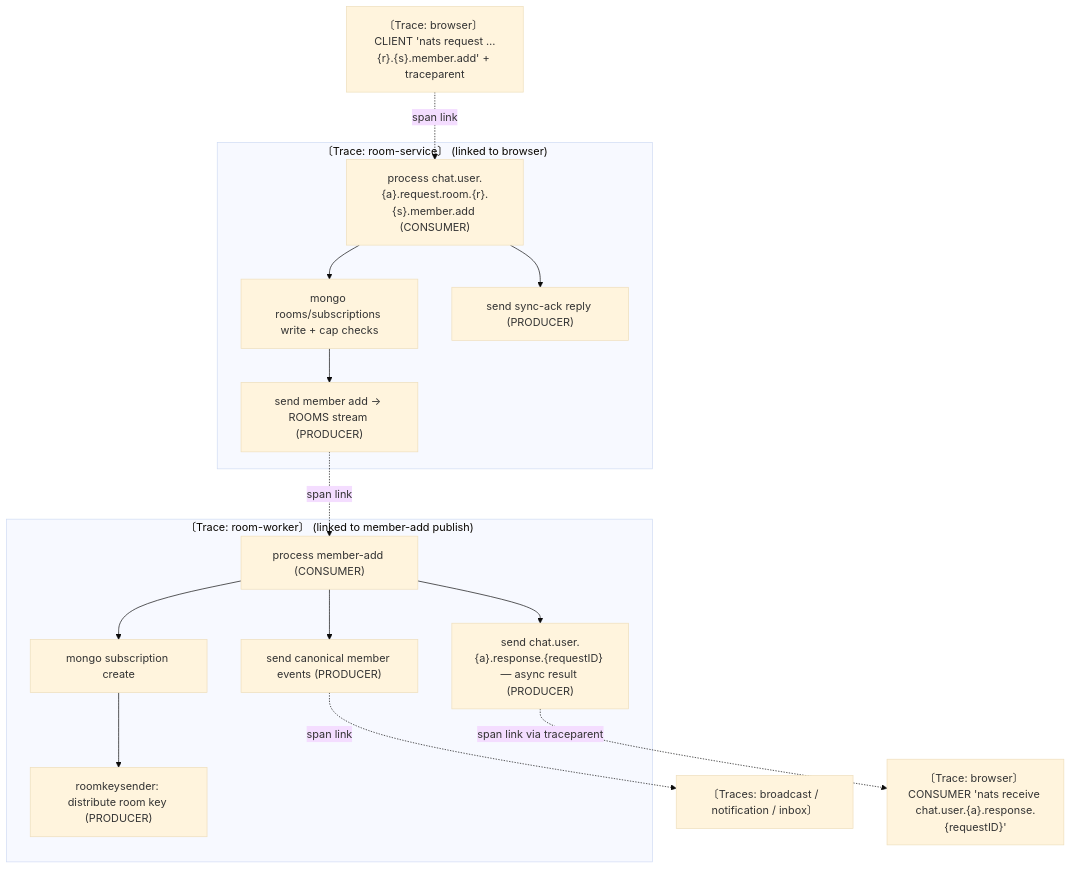
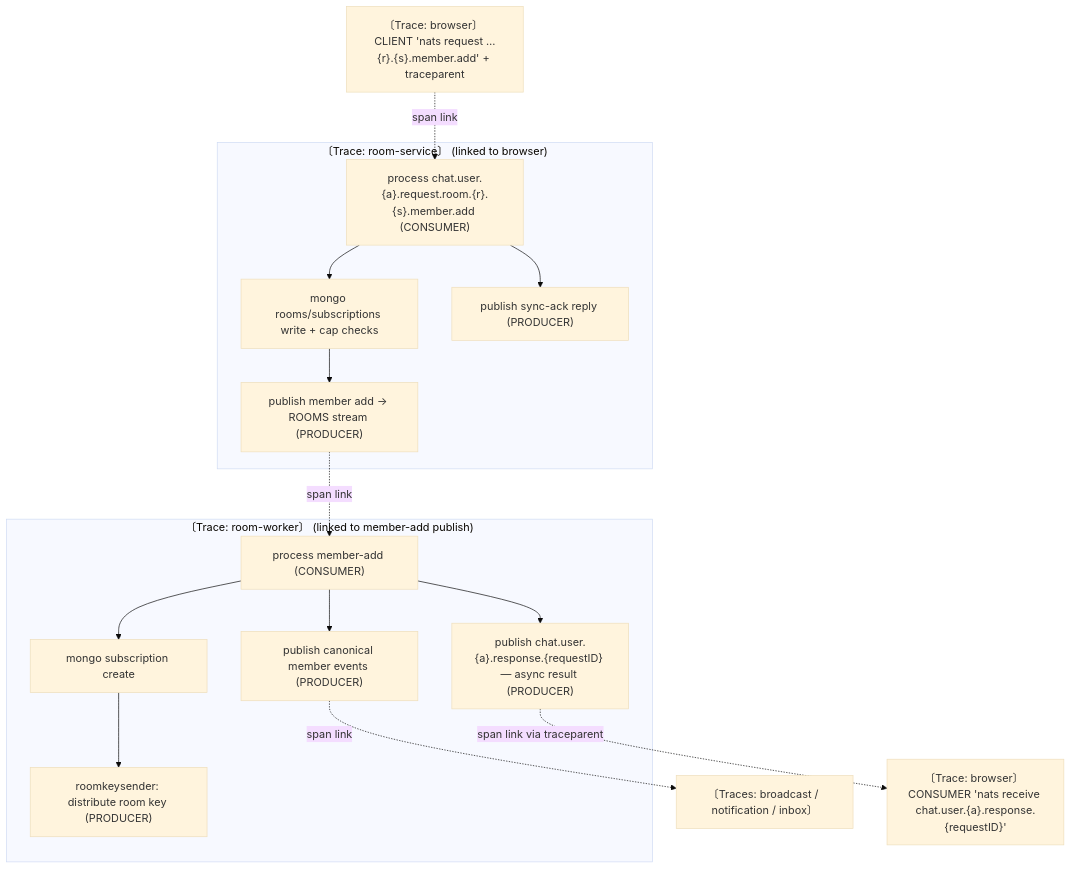
Before and after one commit to hmchangw/newchat: the fifth of 5 diagrams in docs/specs/o11y/o11y-trace-design.md, drawn with Mermaid (base theme). The commit also changed other lines of this file and 53 other files, not shown here.

````diff
--- a/docs/specs/o11y/o11y-trace-design.md
+++ b/docs/specs/o11y/o11y-trace-design.md
@@ -328,29 +349,29 @@
 ```mermaid
 flowchart TB
     Client["〔Trace: browser〕 CLIENT 'nats request …{r}.{s}.member.add' + traceparent"]
 
     subgraph TRS["〔Trace: room-service〕 (linked to browser)"]
       RSp["process chat.user.{a}.request.room.{r}.{s}.member.add (CONSUMER)"]
       RSmongo["mongo rooms/subscriptions write + cap checks"]
-      RSinvite["send member add → ROOMS stream (PRODUCER)"]
-      RSack["send sync-ack reply (PRODUCER)"]
+      RSinvite["publish member add → ROOMS stream (PRODUCER)"]
+      RSack["publish sync-ack reply (PRODUCER)"]
       RSp --> RSmongo --> RSinvite
       RSp --> RSack
     end
 
     subgraph TRW["〔Trace: room-worker〕 (linked to member-add publish)"]
       RWp["process member-add (CONSUMER)"]
       RWmongo["mongo subscription create"]
       RWkey["roomkeysender: distribute room key (PRODUCER)"]
-      RWcanon["send canonical member events (PRODUCER)"]
-      RWresp["send chat.user.{a}.response.{requestID} — async result (PRODUCER)"]
+      RWcanon["publish canonical member events (PRODUCER)"]
+      RWresp["publish chat.user.{a}.response.{requestID} — async result (PRODUCER)"]
       RWp --> RWmongo --> RWkey
       RWp --> RWcanon
       RWp --> RWresp
     end
 
     Client -. "span link" .-> RSp
     RSinvite -. "span link" .-> RWp
     RWcanon -. "span link" .-> Down["〔Traces: broadcast / notification / inbox〕"]
     RWresp -. "span link via traceparent" .-> ClientRecv["〔Trace: browser〕 CONSUMER 'nats receive chat.user.{a}.response.{requestID}'"]
 ```
````
